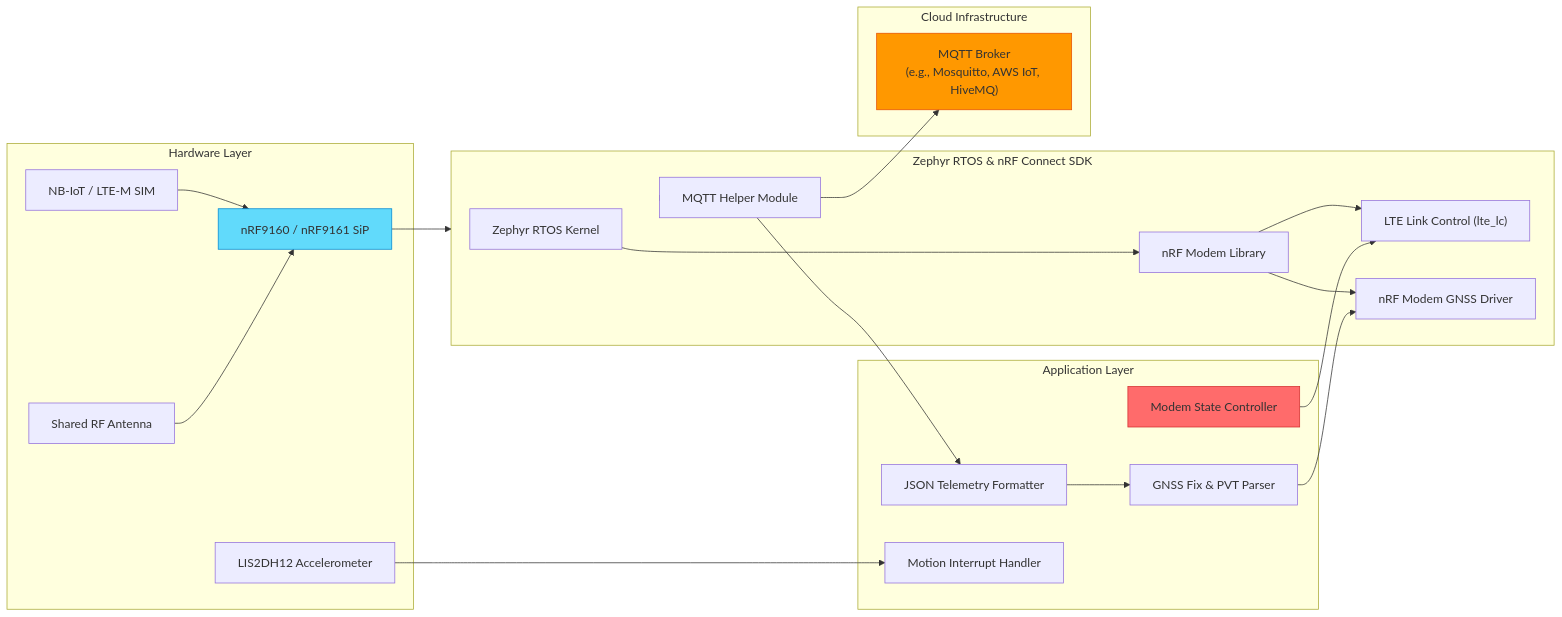
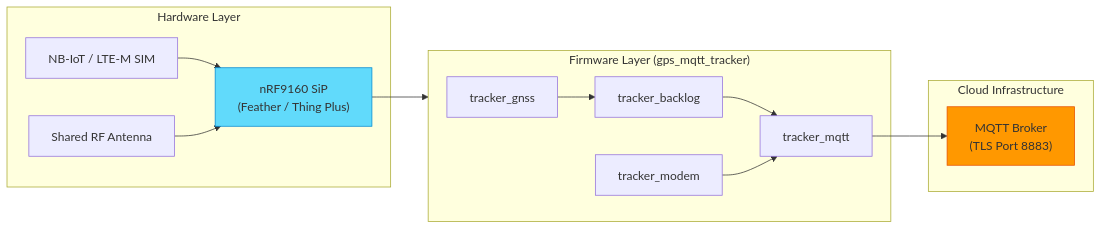
Before and after one commit to Faiisu/WildLifeTracking-NBIOT: the diagram in README.md, drawn with Mermaid. The commit also changed other lines of this file and 20 other files, not shown here.

````diff
--- a/README.md
+++ b/README.md
@@ -105,48 +35,31 @@
 ```mermaid
 graph LR
     subgraph Hardware ["Hardware Layer"]
-        nRF91["nRF9160 / nRF9161 SiP"]
+        nRF91["nRF9160 SiP<br/>(Feather / Thing Plus)"]
         SIM["NB-IoT / LTE-M SIM"]
         ANT["Shared RF Antenna"]
-        ACC["LIS2DH12 Accelerometer"]
     end
 
-    subgraph OS_SDK ["Zephyr RTOS & nRF Connect SDK"]
-        Kernel["Zephyr RTOS Kernel"]
-        ModemLib["nRF Modem Library"]
-        LinkCtrl["LTE Link Control (lte_lc)"]
-        GNSSLib["nRF Modem GNSS Driver"]
-        MQTTHelper["MQTT Helper Module"]
-    end
-
-    subgraph Application ["Application Layer"]
-        StateMgr["Modem State Controller"]
-        FixEngine["GNSS Fix & PVT Parser"]
-        JSONFormatter["JSON Telemetry Formatter"]
-        MotionHandler["Motion Interrupt Handler"]
+    subgraph Firmware ["Firmware Layer (gps_mqtt_tracker)"]
+        GNSS["tracker_gnss"]
+        Backlog["tracker_backlog"]
+        Modem["tracker_modem"]
+        MQTT["tracker_mqtt"]
     end
 
     subgraph Cloud ["Cloud Infrastructure"]
-        Broker["MQTT Broker<br/>(e.g., Mosquitto, AWS IoT, HiveMQ)"]
+        Broker["MQTT Broker<br/>(TLS Port 8883)"]
     end
 
-    nRF91 --> OS_SDK
+    nRF91 --> Firmware
     SIM --> nRF91
     ANT --> nRF91
-    ACC --> MotionHandler
 
-    Kernel --> ModemLib
-    ModemLib --> LinkCtrl
-    ModemLib --> GNSSLib
-    OS_SDK --> MQTTHelper
-
-    StateMgr --> LinkCtrl
-    FixEngine --> GNSSLib
-    JSONFormatter --> FixEngine
-    MQTTHelper --> JSONFormatter
-    MQTTHelper --> Broker
+    GNSS --> Backlog
+    Backlog --> MQTT
+    Modem --> MQTT
+    MQTT --> Broker
 
     style nRF91 fill:#61dafb,stroke:#0288d1
-    style StateMgr fill:#ff6b6b,stroke:#d32f2f
     style Broker fill:#ff9800,stroke:#e65100
 ```
````
